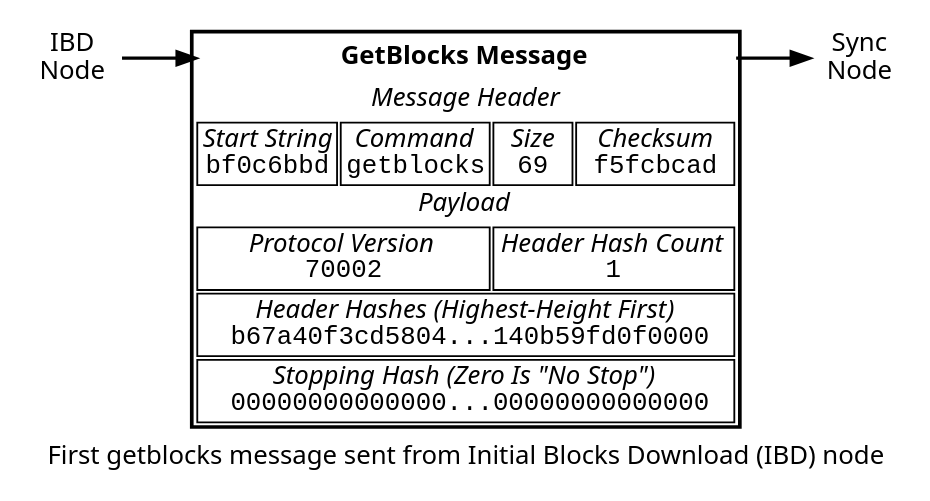
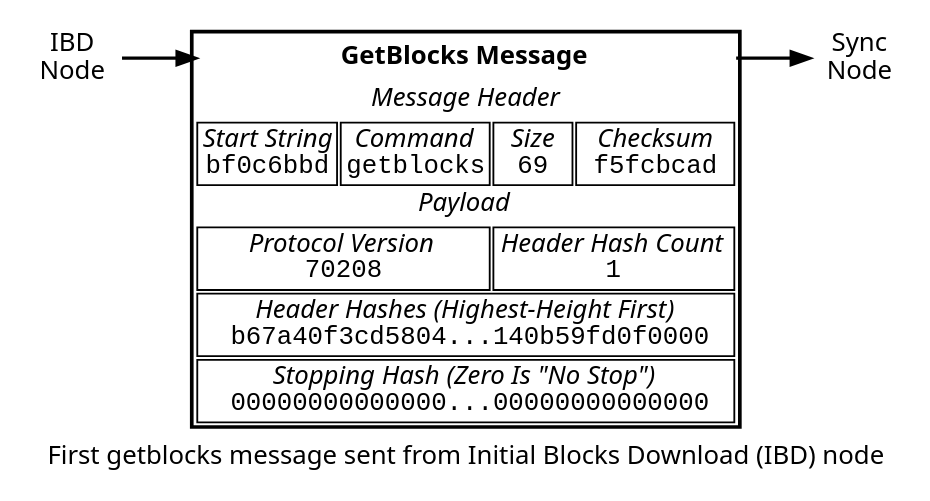
Before and after one commit to thephez/dash-docs: the diagram in img/dev/en-ibd-getblocks.dot, drawn with Graphviz. The commit also changed 8 other files, not shown here.

```diff
--- a/img/dev/en-ibd-getblocks.dot
+++ b/img/dev/en-ibd-getblocks.dot
@@ -1,59 +1,59 @@
 digraph {
 // This file is licensed under the MIT License (MIT) available on
 // http://opensource.org/licenses/MIT.
 
 size=6.25;
 rankdir=LR
 splines = "false";
 ranksep = 0.4;
 nodesep = 0.1;
 
 edge [ penwidth = 1.75, fontname="Sans" ]
 node [ penwidth = 1.75, shape = "box", fontname="Sans"]
 graph [ penwidth = 1.75, fontname="Sans" ]
 
 ibd -> getblocks:f1 -> sync;
 
 ibd [ label = "IBD\nNode", shape="none" ];
 sync [ label = "Sync\nNode", shape="none" ];
 
 // Genesis block hash - 00000ffd590b1485b3caadc19b22e6379c733355108f107a430458cdf3407ab6
 
 getblocks [ shape="plaintext", label=<
     <table border="2" cellborder="1">
       <tr>
         <td colspan="4" port="f1" border="0" cellpadding="4"><b>GetBlocks Message</b></td>
       </tr>
 
       <tr>
         <td colspan="4" border="0"><i>Message Header</i></td>
       </tr>
 
       <tr>
         <td border="1"><i>Start String</i><br/><font face="courier">bf0c6bbd</font></td>
         <td border="1"><i>Command</i><br/><font face="courier">getblocks</font></td>
         <td border="1"><i>Size</i><br/><font face="courier">69</font></td>
         <td border="1"><i>Checksum</i><br/><font face="courier">f5fcbcad</font></td>
       </tr>
 
       <tr>
         <td colspan="4" border="0"><i>Payload</i></td>
       </tr>
 
       <tr>
-        <td colspan="2"><i>Protocol Version</i><br /><font face="courier">70002</font></td>
+        <td colspan="2"><i>Protocol Version</i><br /><font face="courier">70208</font></td>
         <td colspan="2"><i>Header Hash Count</i><br /><font face="courier">1</font></td>
       </tr>
 
       <tr>
         <td colspan="4"><i>Header Hashes (Highest-Height First)</i><br /><font face="courier">b67a40f3cd5804...140b59fd0f0000</font></td>
       </tr>
 
       <tr>
         <td colspan="4"><i>Stopping Hash (Zero Is "No Stop")</i><br /><font face="courier">00000000000000...00000000000000</font></td>
       </tr>
 
     </table>>];
 
 label = "First getblocks message sent from Initial Blocks Download (IBD) node"
 }
```
